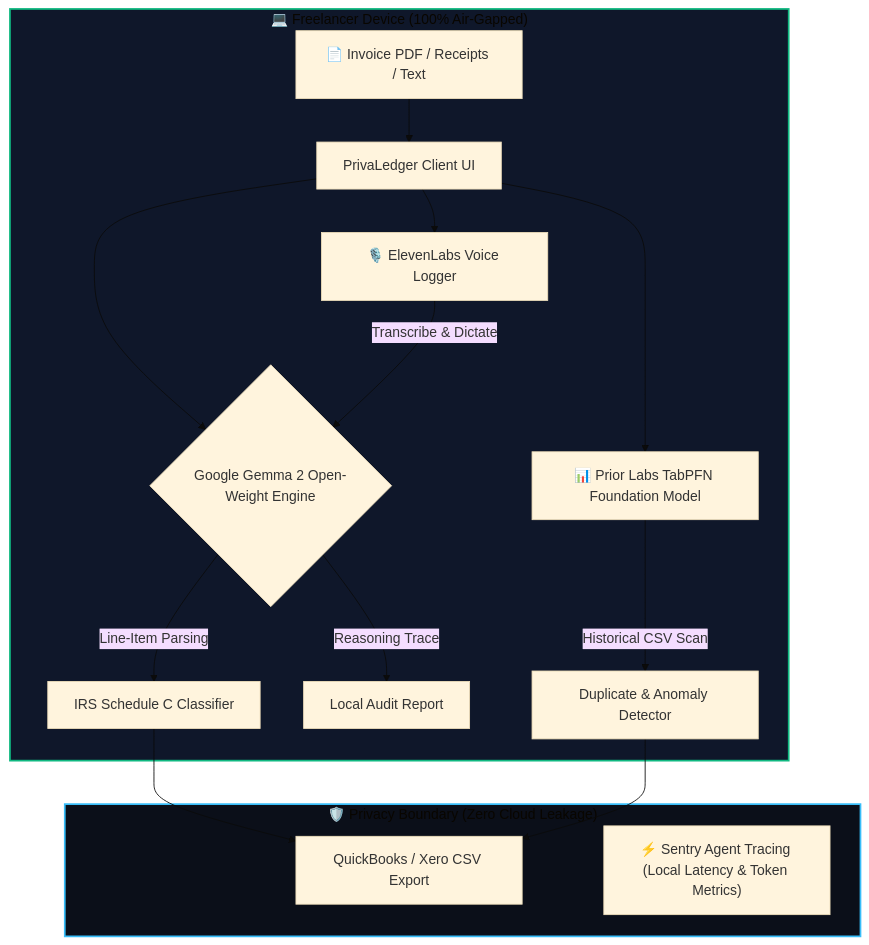
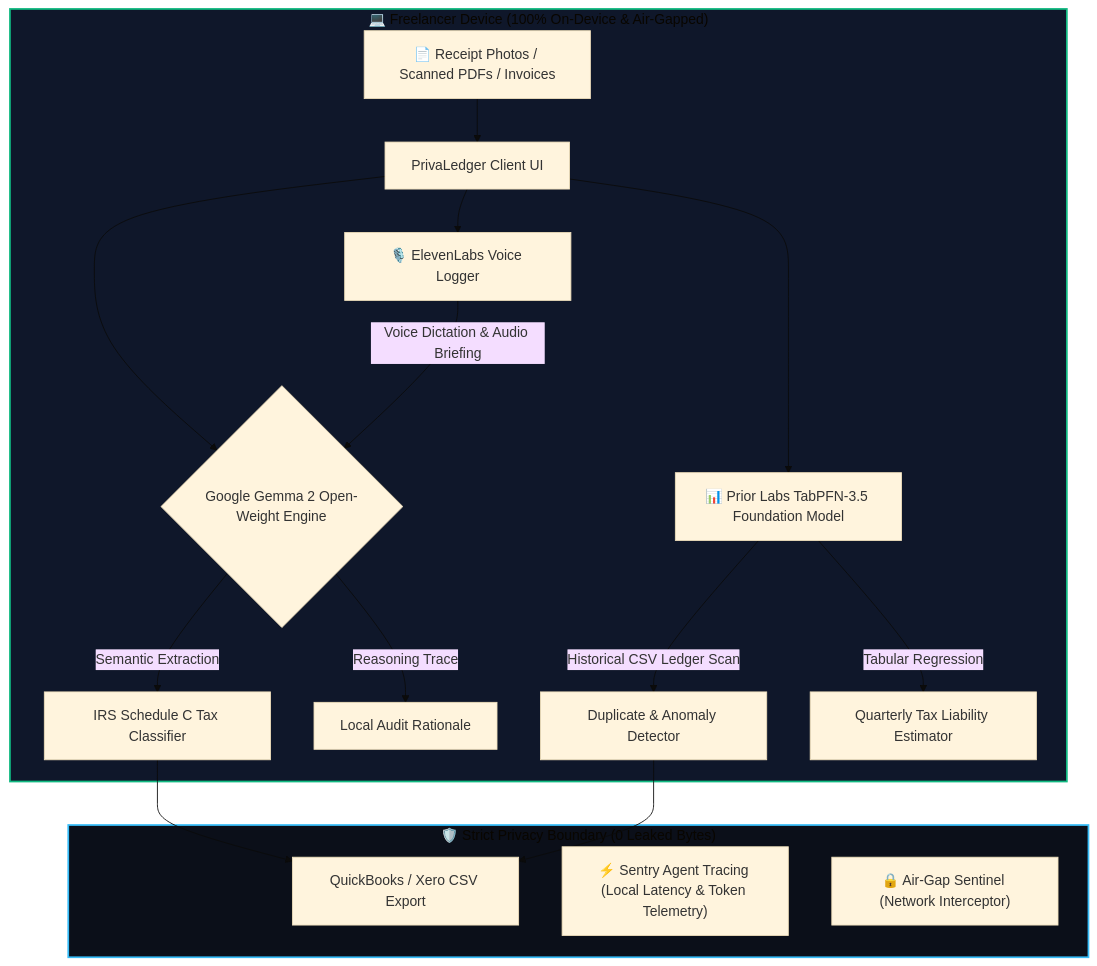
The diagram in dev_post_draft.md (sarthaklole/hacktoberfest-challenge-2), drawn with Mermaid (base theme) before and after one commit. The commit also changed other lines of this file, not shown here.

````diff
--- a/dev_post_draft.md
+++ b/dev_post_draft.md
@@ -41,22 +115,24 @@
 ```mermaid
 graph TD
-    subgraph Freelancer_Laptop ["💻 Freelancer Device (100% Air-Gapped)"]
-      A["📄 Invoice PDF / Receipts / Text"] --> B["PrivaLedger Client UI"]
+    subgraph Client_Device ["💻 Freelancer Device (100% On-Device & Air-Gapped)"]
+      A["📄 Receipt Photos / Scanned PDFs / Invoices"] --> B["PrivaLedger Client UI"]
       B --> C{"Google Gemma 2 Open-Weight Engine"}
-      C -->|Line-Item Parsing| D["IRS Schedule C Classifier"]
-      C -->|Reasoning Trace| E["Local Audit Report"]
-      B --> F["📊 Prior Labs TabPFN Foundation Model"]
-      F -->|Historical CSV Scan| G["Duplicate & Anomaly Detector"]
-      B --> H["🎙️ ElevenLabs Voice Logger"]
-      H -->|Transcribe & Dictate| C
+      C -->|Semantic Extraction| D["IRS Schedule C Tax Classifier"]
+      C -->|Reasoning Trace| E["Local Audit Rationale"]
+      B --> F["📊 Prior Labs TabPFN-3.5 Foundation Model"]
+      F -->|Historical CSV Ledger Scan| G["Duplicate & Anomaly Detector"]
+      F -->|Tabular Regression| H["Quarterly Tax Liability Estimator"]
+      B --> I["🎙️ ElevenLabs Voice Logger"]
+      I -->|Voice Dictation & Audio Briefing| C
     end
 
-    subgraph Zero_Cloud ["🛡️ Privacy Boundary (Zero Cloud Leakage)"]
-      D --> I["QuickBooks / Xero CSV Export"]
-      G --> I
-      Sentry["⚡ Sentry Agent Tracing (Local Latency & Token Metrics)"]
+    subgraph Privacy_Boundary ["🛡️ Strict Privacy Boundary (0 Leaked Bytes)"]
+      D --> J["QuickBooks / Xero CSV Export"]
+      G --> J
+      K["⚡ Sentry Agent Tracing (Local Latency & Token Telemetry)"]
+      L["🔒 Air-Gap Sentinel (Network Interceptor)"]
     end
 
-    style Freelancer_Laptop fill:#0f172a,stroke:#10b981,stroke-width:2px;
-    style Zero_Cloud fill:#0b0f19,stroke:#38bdf8,stroke-width:2px;
+    style Client_Device fill:#0f172a,stroke:#10b981,stroke-width:2px;
+    style Privacy_Boundary fill:#0b0f19,stroke:#38bdf8,stroke-width:2px;
 ```
````
